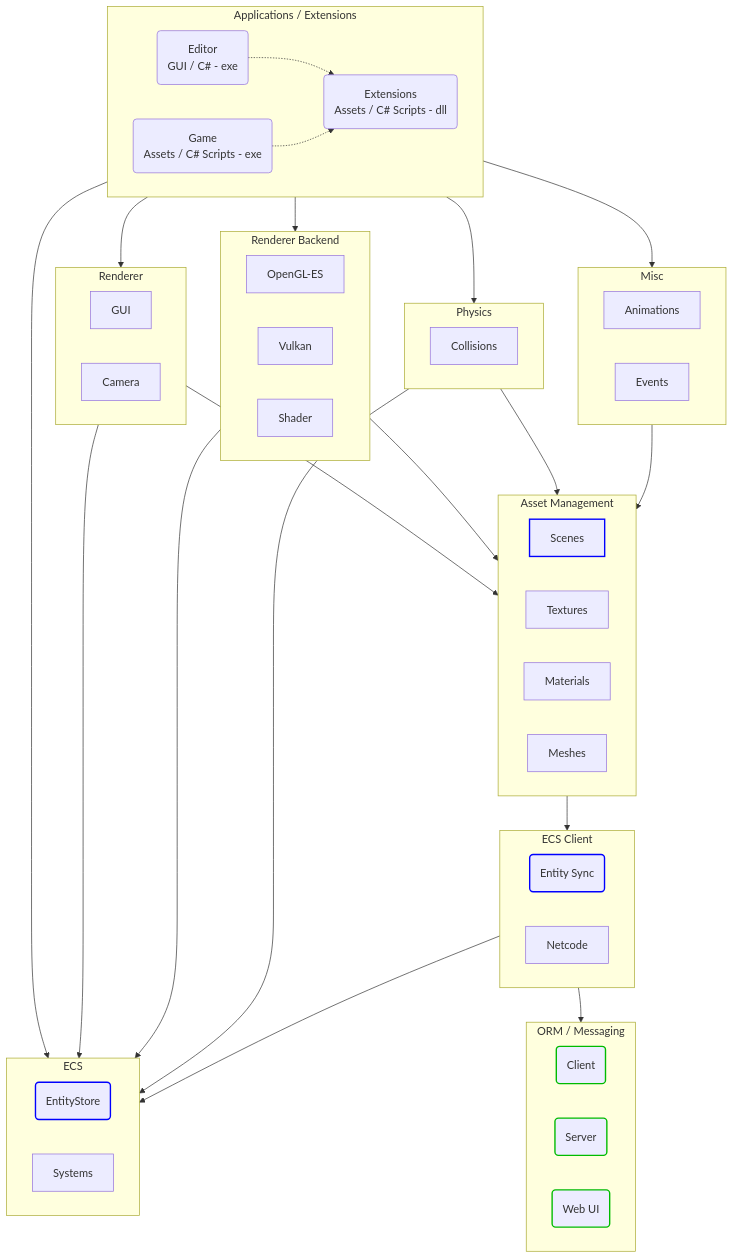
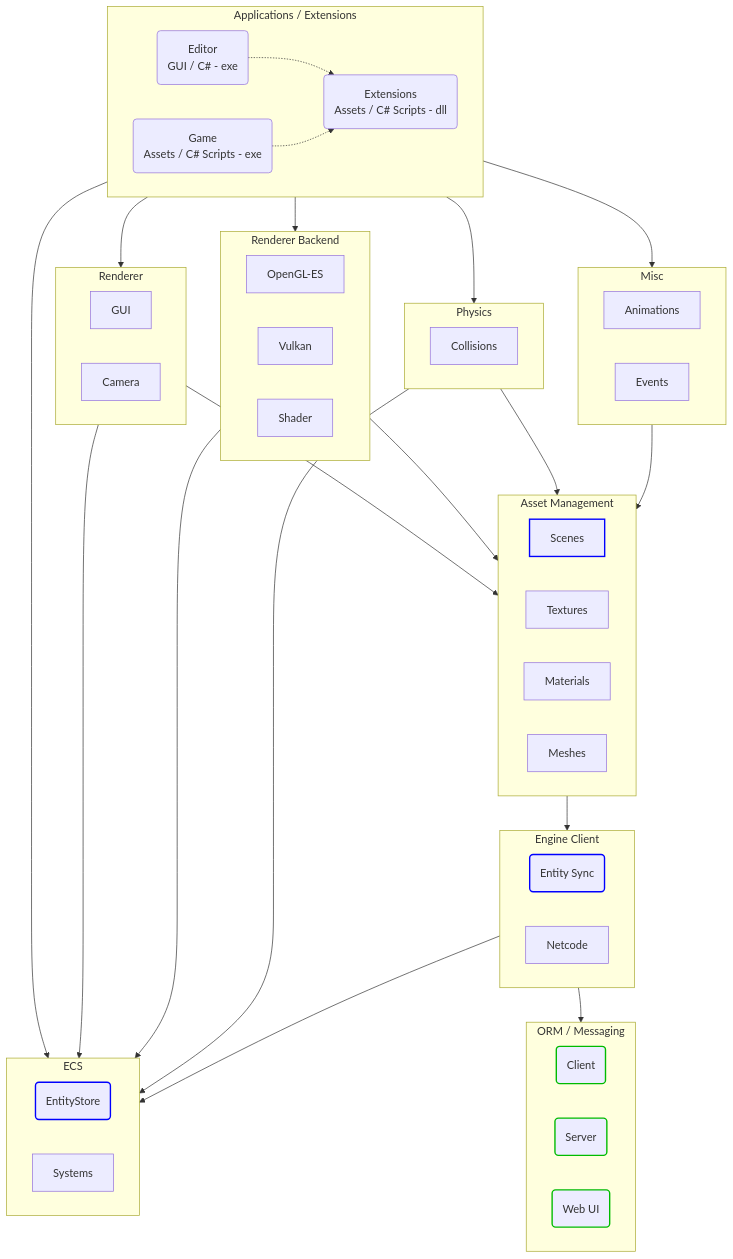
Before and after one commit to friflo/Friflo.Json.Fliox: the first of 3 diagrams in Engine/README.md, drawn with Mermaid. The commit also changed other lines of this file, not shown here.

Commit message:
Engine - update architecture diagram: fix naming -> Engine Client

````diff
--- a/Engine/README.md
+++ b/Engine/README.md
@@ -26,78 +26,78 @@
 ```mermaid
   graph TD;
     classDef finished       stroke:#0b0,stroke-width:2px;
     classDef implemented    stroke:#00f,stroke-width:2px;
 
     subgraph Applications[Applications / Extensions];
         Editor(Editor<br/>GUI / C# - exe);
         Game(Game<br/>Assets / C# Scripts - exe);
         Extensions(Extensions<br/>Assets / C# Scripts - dll);
     end
 
     Editor  -.->Extensions;
     Game    -.->Extensions;
 
     subgraph Renderer;
         GUI
         Camera
     end
 
     subgraph Backend[Renderer Backend];
         OpenGL-ES
         Vulkan
         Shader
     end
 
     subgraph Physics;
         Collisions
     end
     
     subgraph Misc;
         Animations
         Events
     end
 
     subgraph Assets[Asset Management];
         Scenes:::implemented
         Textures
         Materials
         Meshes
         Animations
     end
 
-    subgraph ECS-Client[ECS Client];
+    subgraph Engine-Client[Engine Client];
         Sync(Entity Sync):::implemented;
         Netcode;
     end
 
     subgraph ORM[ORM / Messaging];
         Client(Client):::finished
         Server(Server):::finished
         WebUI(Web UI):::finished
     end
 
     subgraph ECS;
         EntityStore(EntityStore):::implemented
         Systems
     end
 
     Applications    -->Renderer
     Applications    -->Backend
     Applications    -->Physics
     Applications    -->Misc
     Applications    -->ECS
 
-    Renderer    -->ECS
-    Backend     -->ECS
-    Physics     -->ECS
+    Renderer        -->ECS
+    Backend         -->ECS
+    Physics         -->ECS
 
-    Renderer    -->Assets
-    Backend     -->Assets
-    Physics     -->Assets
-    Misc        -->Assets
+    Renderer        -->Assets
+    Backend         -->Assets
+    Physics         -->Assets
+    Misc            -->Assets
 
-    Assets      -->ECS-Client
+    Assets          -->Engine-Client
 
-    ECS-Client  -->ECS
-    ECS-Client  -->ORM
+    Engine-Client  -->ECS
+    Engine-Client  -->ORM
 ```
````
